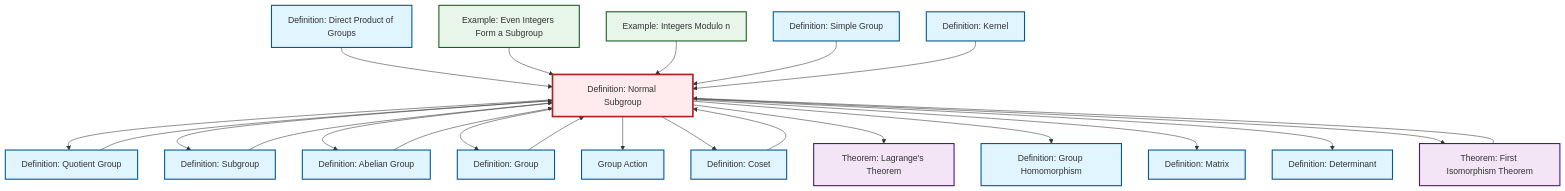
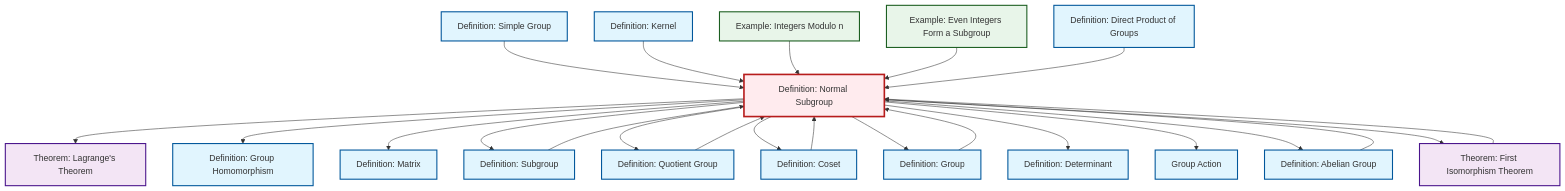
Before and after one commit to RK0429/ModernMath: the diagram in content/ja/algebra/def-normal-subgroup.qmd, drawn with Mermaid. The commit also changed other lines of this file and 619 other files, not shown here.

````diff
--- a/content/ja/algebra/def-normal-subgroup.qmd
+++ b/content/ja/algebra/def-normal-subgroup.qmd
@@ -97,65 +97,65 @@
 ```{mermaid}
 %%| fig-cap: "Local dependency graph"
 graph TD
     classDef definition fill:#e1f5fe,stroke:#01579b,stroke-width:2px
     classDef theorem fill:#f3e5f5,stroke:#4a148c,stroke-width:2px
     classDef axiom fill:#fff3e0,stroke:#e65100,stroke-width:2px
     classDef example fill:#e8f5e9,stroke:#1b5e20,stroke-width:2px
     classDef current fill:#ffebee,stroke:#b71c1c,stroke-width:3px
+    def-normal-subgroup["Definition: Normal Subgroup"]:::definition
+    def-abelian-group["Definition: Abelian Group"]:::definition
     thm-lagrange["Theorem: Lagrange's Theorem"]:::theorem
+    def-group["Definition: Group"]:::definition
+    def-determinant["Definition: Determinant"]:::definition
+    def-kernel["Definition: Kernel"]:::definition
+    def-subgroup["Definition: Subgroup"]:::definition
+    thm-first-isomorphism["Theorem: First Isomorphism Theorem"]:::theorem
+    def-quotient-group["Definition: Quotient Group"]:::definition
     ex-even-integers-subgroup["Example: Even Integers Form a Subgroup"]:::example
-    def-group-action["Group Action"]:::definition
-    def-simple-group["Definition: Simple Group"]:::definition
+    def-coset["Definition: Coset"]:::definition
     ex-quotient-integers-mod-n["Example: Integers Modulo n"]:::example
     def-homomorphism["Definition: Group Homomorphism"]:::definition
+    def-matrix["Definition: Matrix"]:::definition
+    def-simple-group["Definition: Simple Group"]:::definition
+    def-group-action["Group Action"]:::definition
     def-direct-product["Definition: Direct Product of Groups"]:::definition
-    def-matrix["Definition: Matrix"]:::definition
-    def-coset["Definition: Coset"]:::definition
-    def-kernel["Definition: Kernel"]:::definition
-    def-determinant["Definition: Determinant"]:::definition
-    def-normal-subgroup["Definition: Normal Subgroup"]:::definition
-    def-abelian-group["Definition: Abelian Group"]:::definition
-    def-quotient-group["Definition: Quotient Group"]:::definition
-    thm-first-isomorphism["Theorem: First Isomorphism Theorem"]:::theorem
-    def-group["Definition: Group"]:::definition
-    def-subgroup["Definition: Subgroup"]:::definition
+    def-normal-subgroup --> thm-lagrange
+    def-simple-group --> def-normal-subgroup
     def-coset --> def-normal-subgroup
+    def-normal-subgroup --> def-homomorphism
+    def-abelian-group --> def-normal-subgroup
+    def-kernel --> def-normal-subgroup
+    def-normal-subgroup --> def-matrix
+    def-normal-subgroup --> def-subgroup
+    ex-quotient-integers-mod-n --> def-normal-subgroup
+    def-normal-subgroup --> def-quotient-group
+    thm-first-isomorphism --> def-normal-subgroup
+    def-normal-subgroup --> def-coset
+    def-quotient-group --> def-normal-subgroup
+    def-normal-subgroup --> def-group
+    ex-even-integers-subgroup --> def-normal-subgroup
+    def-group --> def-normal-subgroup
+    def-normal-subgroup --> def-determinant
+    def-subgroup --> def-normal-subgroup
+    def-normal-subgroup --> def-group-action
+    def-normal-subgroup --> def-abelian-group
     def-direct-product --> def-normal-subgroup
-    def-normal-subgroup --> def-quotient-group
-    ex-even-integers-subgroup --> def-normal-subgroup
-    def-normal-subgroup --> def-subgroup
-    def-normal-subgroup --> def-abelian-group
-    ex-quotient-integers-mod-n --> def-normal-subgroup
-    def-normal-subgroup --> def-group
-    thm-first-isomorphism --> def-normal-subgroup
-    def-normal-subgroup --> def-group-action
-    def-normal-subgroup --> def-coset
-    def-normal-subgroup --> thm-lagrange
-    def-normal-subgroup --> def-homomorphism
-    def-normal-subgroup --> def-matrix
-    def-normal-subgroup --> def-determinant
-    def-simple-group --> def-normal-subgroup
-    def-kernel --> def-normal-subgroup
-    def-quotient-group --> def-normal-subgroup
     def-normal-subgroup --> thm-first-isomorphism
-    def-subgroup --> def-normal-subgroup
-    def-group --> def-normal-subgroup
-    def-abelian-group --> def-normal-subgroup
     class def-normal-subgroup current
+    click def-abelian-group "def-abelian-group.html" "Definition: Abelian Groupへ"
     click thm-lagrange "thm-lagrange.html" "Theorem: Lagrange's Theoremへ"
+    click def-group "def-group.html" "Definition: Groupへ"
+    click def-determinant "def-determinant.html" "Definition: Determinantへ"
+    click def-kernel "def-kernel.html" "Definition: Kernelへ"
+    click def-subgroup "def-subgroup.html" "Definition: Subgroupへ"
+    click thm-first-isomorphism "thm-first-isomorphism.html" "Theorem: First Isomorphism Theoremへ"
+    click def-quotient-group "def-quotient-group.html" "Definition: Quotient Groupへ"
     click ex-even-integers-subgroup "ex-even-integers-subgroup.html" "Example: Even Integers Form a Subgroupへ"
-    click def-group-action "def-group-action.html" "Group Actionへ"
-    click def-simple-group "def-simple-group.html" "Definition: Simple Groupへ"
+    click def-coset "def-coset.html" "Definition: Cosetへ"
     click ex-quotient-integers-mod-n "ex-quotient-integers-mod-n.html" "Example: Integers Modulo nへ"
     click def-homomorphism "def-homomorphism.html" "Definition: Group Homomorphismへ"
+    click def-matrix "def-matrix.html" "Definition: Matrixへ"
+    click def-simple-group "def-simple-group.html" "Definition: Simple Groupへ"
+    click def-group-action "def-group-action.html" "Group Actionへ"
     click def-direct-product "def-direct-product.html" "Definition: Direct Product of Groupsへ"
-    click def-matrix "def-matrix.html" "Definition: Matrixへ"
-    click def-coset "def-coset.html" "Definition: Cosetへ"
-    click def-kernel "def-kernel.html" "Definition: Kernelへ"
-    click def-determinant "def-determinant.html" "Definition: Determinantへ"
-    click def-abelian-group "def-abelian-group.html" "Definition: Abelian Groupへ"
-    click def-quotient-group "def-quotient-group.html" "Definition: Quotient Groupへ"
-    click thm-first-isomorphism "thm-first-isomorphism.html" "Theorem: First Isomorphism Theoremへ"
-    click def-group "def-group.html" "Definition: Groupへ"
-    click def-subgroup "def-subgroup.html" "Definition: Subgroupへ"
 ```
````
